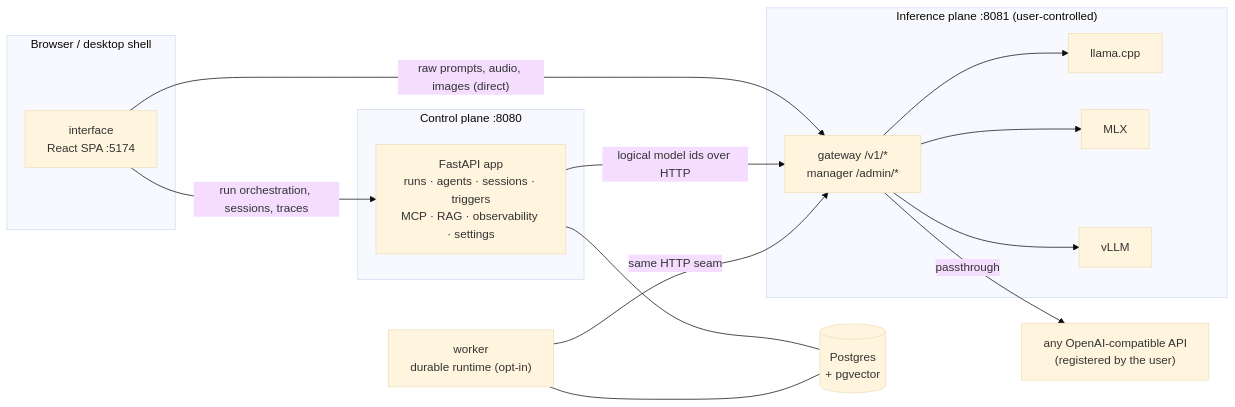
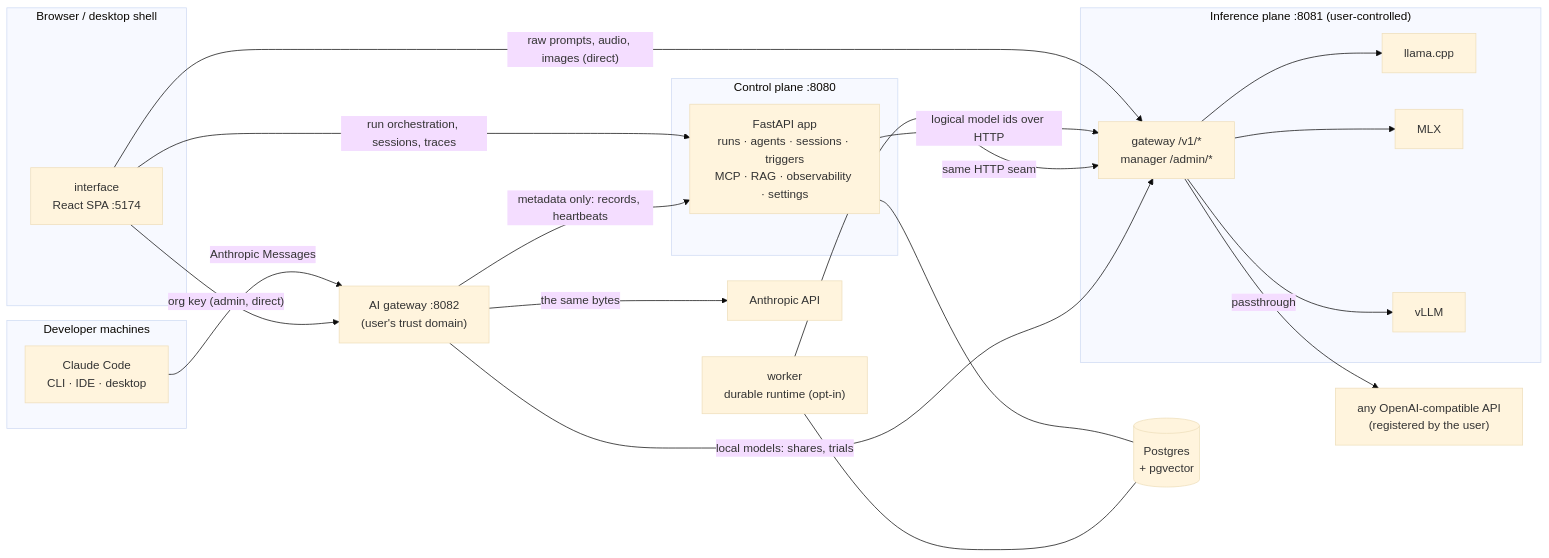
Before and after one commit to al2m4n/TheYgent: the second of 3 diagrams in docs/dev-docs/architecture.md, drawn with Mermaid (base theme). The commit also changed other lines of this file and 202 other files, not shown here.

First line of the commit message:
feat(ai-gateway): observe, route and serve Claude Code locally to cut its cost (#78)

````diff
--- a/docs/dev-docs/architecture.md
+++ b/docs/dev-docs/architecture.md
@@ -71,27 +71,37 @@
 ```mermaid
 flowchart LR
   subgraph browser["Browser / desktop shell"]
     UI["interface\nReact SPA :5174"]
   end
   subgraph cp["Control plane :8080"]
     API["FastAPI app\nruns · agents · sessions · triggers\nMCP · RAG · observability · settings"]
   end
   W["worker\ndurable runtime (opt-in)"]
   PG[("Postgres\n+ pgvector")]
   subgraph ip["Inference plane :8081 (user-controlled)"]
     GW["gateway /v1/*\nmanager /admin/*"]
     E1["llama.cpp"]
     E2["MLX"]
     E3["vLLM"]
   end
   HOSTED["any OpenAI-compatible API\n(registered by the user)"]
+  subgraph dev["Developer machines"]
+    CC["Claude Code\nCLI · IDE · desktop"]
+  end
+  AG["AI gateway :8082\n(user's trust domain)"]
+  ANT["Anthropic API"]
 
   UI -->|"run orchestration, sessions, traces"| API
   UI -->|"raw prompts, audio, images (direct)"| GW
   API -->|"logical model ids over HTTP"| GW
   W -->|"same HTTP seam"| GW
   API --- PG
   W --- PG
   GW --> E1 & E2 & E3
   GW -->|passthrough| HOSTED
+  CC -->|"Anthropic Messages"| AG
+  AG -->|"the same bytes"| ANT
+  AG -->|"metadata only: records, heartbeats"| API
+  AG -->|"local models: shares, trials"| GW
+  UI -->|"org key (admin, direct)"| AG
 ```
````
